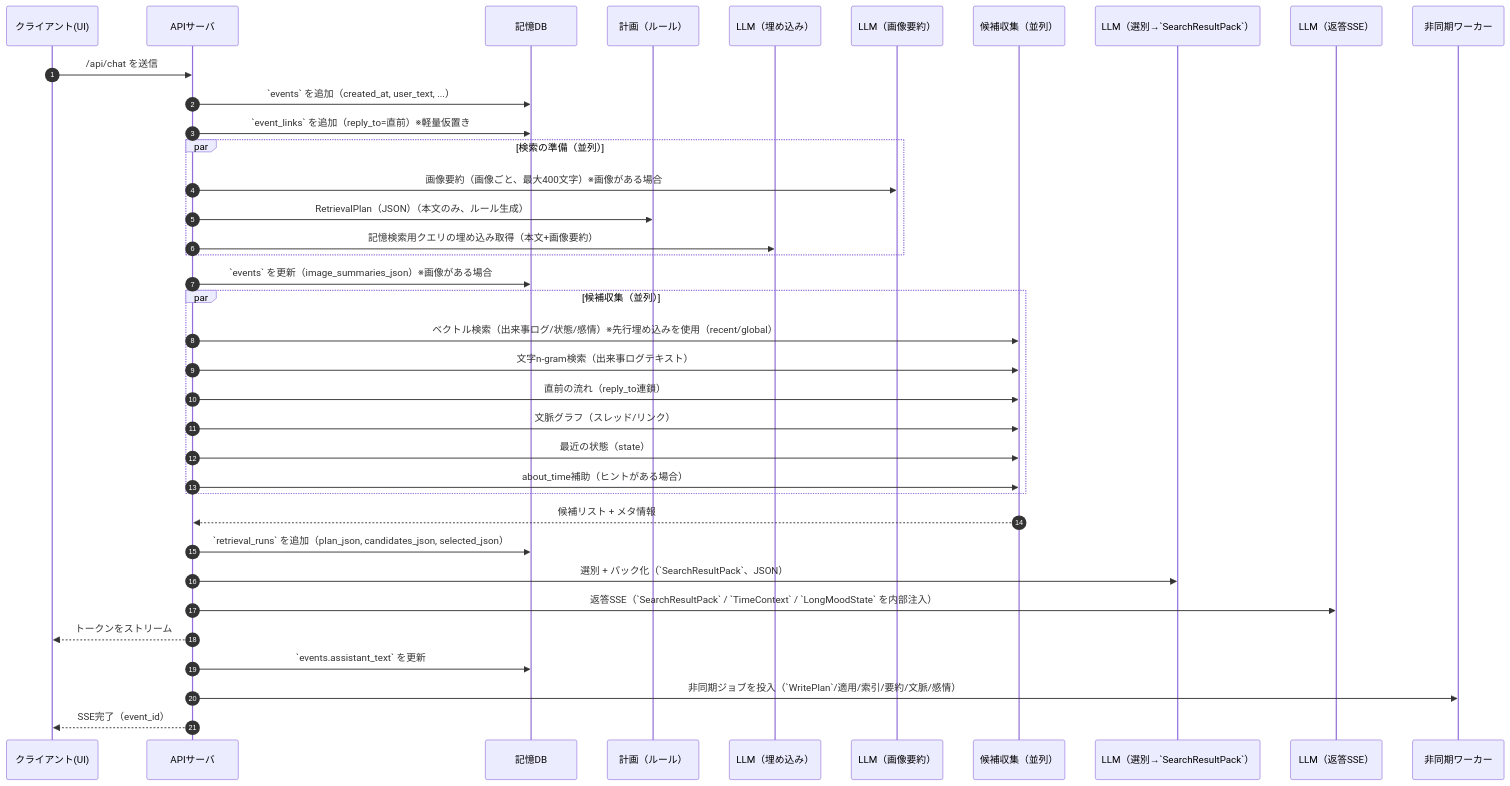
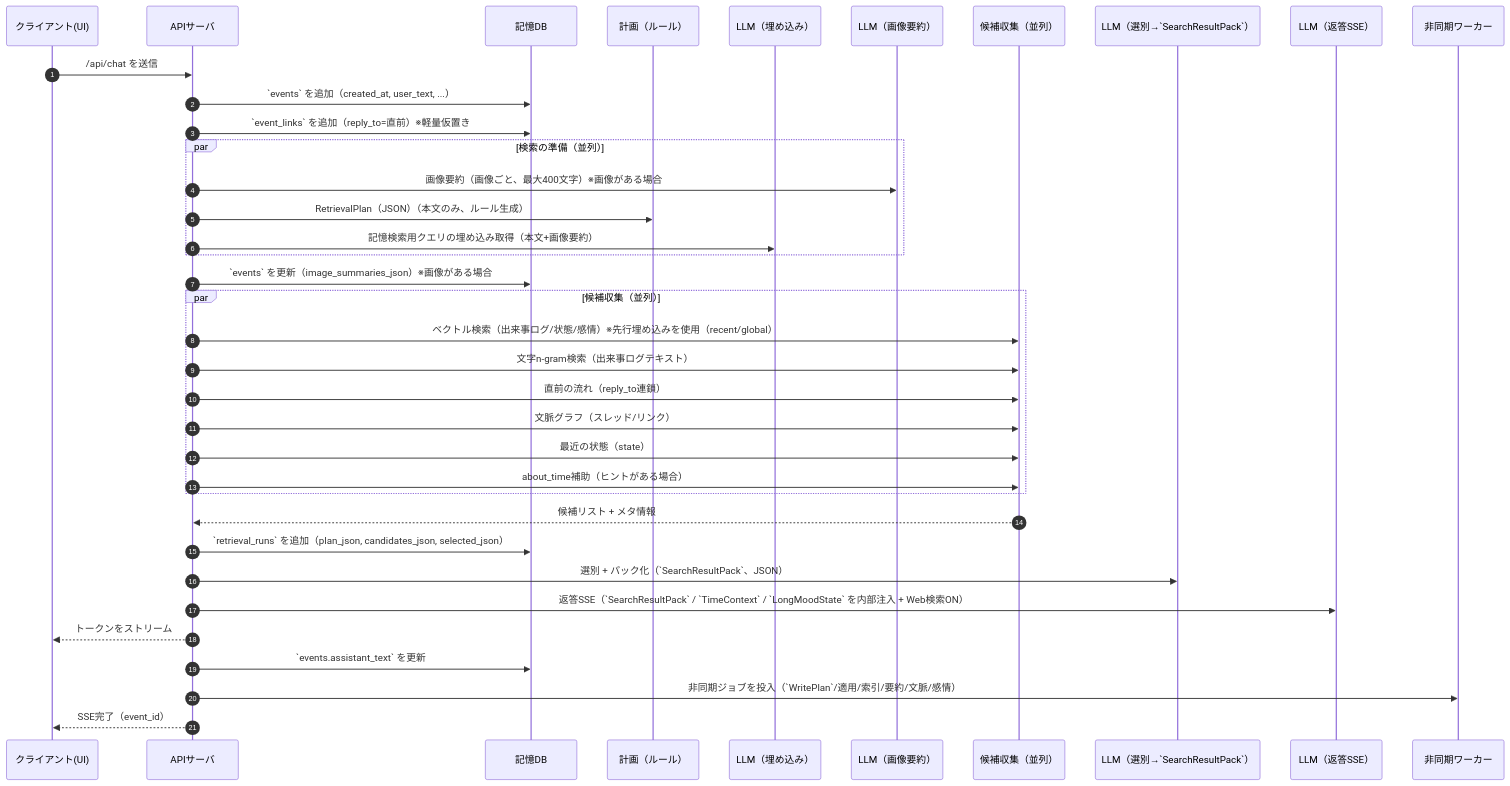
One commit to hirona98/CocoroGhost changed the diagram in docs/10_実行フロー.md. Above: the diagram before and after it, drawn with Mermaid. The commit also changed other lines of this file and 3 other files, not shown here.

````diff
--- a/docs/10_実行フロー.md
+++ b/docs/10_実行フロー.md
@@ -20,40 +21,40 @@
 ```mermaid
 sequenceDiagram
 	  autonumber
 	  participant UI as クライアント(UI)
 	  participant API as APIサーバ
 	  participant DB as 記憶DB
 	  participant P as 計画（ルール）
 	  participant L0 as LLM（埋め込み）
 	  participant Limg as LLM（画像要約）
 	  participant G as 候補収集（並列）
 	  participant L2 as LLM（選別→`SearchResultPack`）
 	  participant L3 as LLM（返答SSE）
 	  participant W as 非同期ワーカー
 
 	  UI->>API: /api/chat を送信
 	  API->>DB: `events` を追加（created_at, user_text, ...）
 	  API->>DB: `event_links` を追加（reply_to=直前）※軽量仮置き
 	  par 検索の準備（並列）
 	    API->>Limg: 画像要約（画像ごと、最大400文字）※画像がある場合
 	    API->>P: RetrievalPlan（JSON）（本文のみ、ルール生成）
 	    API->>L0: 記憶検索用クエリの埋め込み取得（本文+画像要約）
 	  end
 	  API->>DB: `events` を更新（image_summaries_json）※画像がある場合
 	  par 候補収集（並列）
 	    API->>G: ベクトル検索（出来事ログ/状態/感情）※先行埋め込みを使用（recent/global）
 	    API->>G: 文字n-gram検索（出来事ログテキスト）
 	    API->>G: 直前の流れ（reply_to連鎖）
 	    API->>G: 文脈グラフ（スレッド/リンク）
 	    API->>G: 最近の状態（state）
 	    API->>G: about_time補助（ヒントがある場合）
 	  end
   G-->>API: 候補リスト + メタ情報
   API->>DB: `retrieval_runs` を追加（plan_json, candidates_json, selected_json）
 	  API->>L2: 選別 + パック化（`SearchResultPack`、JSON）
-	  API->>L3: 返答SSE（`SearchResultPack` / `TimeContext` / `LongMoodState` を内部注入）
+	  API->>L3: 返答SSE（`SearchResultPack` / `TimeContext` / `LongMoodState` を内部注入 + Web検索ON）
 	  API-->>UI: トークンをストリーム
 	  API->>DB: `events.assistant_text` を更新
 	  API->>W: 非同期ジョブを投入（`WritePlan`/適用/索引/要約/文脈/感情）
 	  API-->>UI: SSE完了（event_id）
 ```
````
